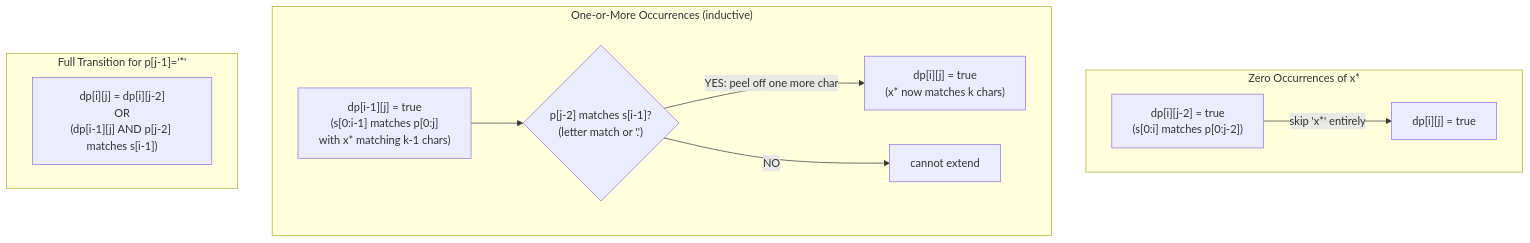
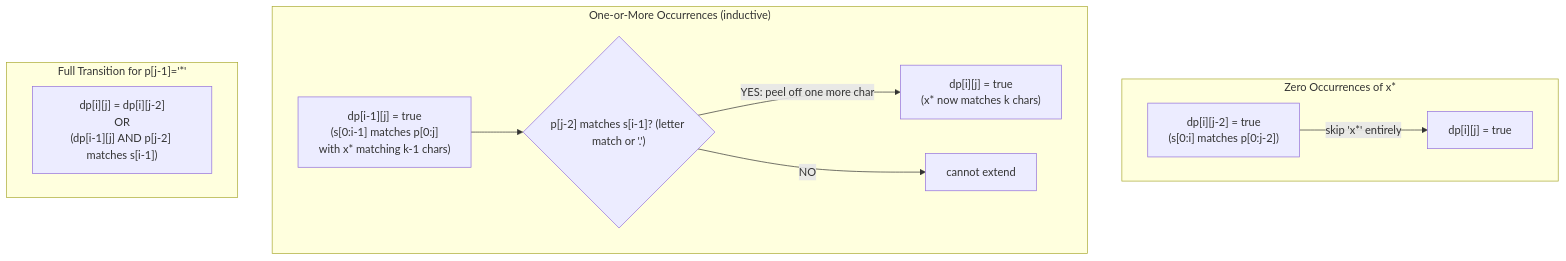
One commit to deepanshu-rawat6/AlgoAtlas changed the diagram in 2d_dp/code/regular_expression_matching/README.md. Above: the diagram before and after it, drawn with Mermaid. The commit also changed 43 other files, not shown here.

````diff
--- a/2d_dp/code/regular_expression_matching/README.md
+++ b/2d_dp/code/regular_expression_matching/README.md
@@ -92,19 +92,19 @@
 ```mermaid
 graph TD
     subgraph ZeroOcc["Zero Occurrences of x*"]
         Z1["dp[i][j-2] = true<br>(s[0:i] matches p[0:j-2])"]
         Z1 -->|"skip 'x*' entirely"| Z2["dp[i][j] = true"]
     end
 
     subgraph OneMore["One-or-More Occurrences (inductive)"]
         O1["dp[i-1][j] = true<br>(s[0:i-1] matches p[0:j]<br>with x* matching k-1 chars)"]
-        O2{"p[j-2] matches s[i-1]?<br>(letter match or '.')"}
+        O2{"p[j-2] matches s[i-1]? (letter match or '.')"}
         O1 --> O2
         O2 -->|"YES: peel off one more char"| O3["dp[i][j] = true<br>(x* now matches k chars)"]
         O2 -->|"NO"| O4["cannot extend"]
     end
 
     subgraph Summary["Full Transition for p[j-1]='*'"]
         T["dp[i][j] = dp[i][j-2]<br>OR<br>(dp[i-1][j] AND p[j-2] matches s[i-1])"]
     end
 ```
````
